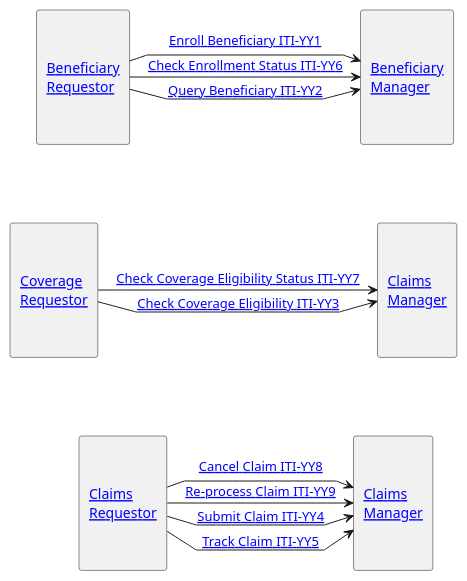
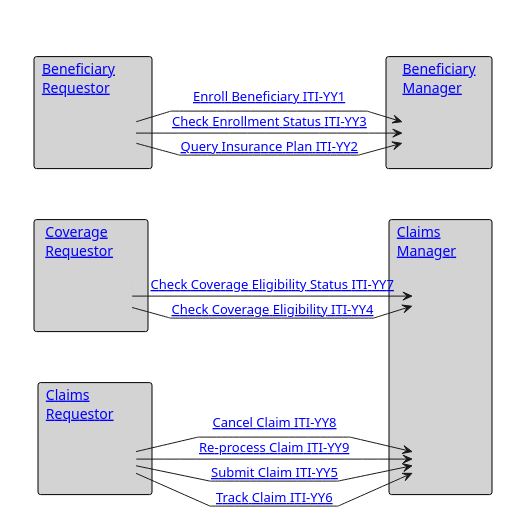
One commit to IHE/ITI.Finance changed the diagram in input/images-source/ActorsAndTransactions.plantuml. Above: the diagram before and after it, drawn with PlantUML. The commit also changed 12 other files, not shown here.

Commit message:
Fixed index and sushi-config to have the right transaction names/numbers.  Fixed expected actions based on today's discussion.  Fixed actor/transaction diagram.

```diff
--- a/input/images-source/ActorsAndTransactions.plantuml
+++ b/input/images-source/ActorsAndTransactions.plantuml
@@ -1,24 +1,59 @@
 @startuml
-'hide footbox
+skinparam package {
+  BorderColor transparent
+  BackgroundColor transparent
+  Shadowing false
+}
+skinparam rectangle {
+  BorderColor black
+  BackgroundColor lightgrey
+  Shadowing false
+  FontStyle normal
+}
+skinparam agent {
+  BorderColor lightgrey
+  BackgroundColor lightgrey
+  FontColor lightgrey
+  Shadowing false
+}
+
+hide footbox
 'skinparam svgDimensionStyle false
 skinparam linetype polyline
-agent "\n\n[[#beneficiary-requestor Beneficiary\nRequestor]]\n\n" as BenReq
-agent "\n\n[[#beneficiary-manager Beneficiary\nManager]]\n\n" as BenMan
-agent "\n\n[[#coverage-requestor Coverage\nRequestor]]\n\n" as CovReq
-agent "\n\n[[#claims-requestor Claims\nRequestor]]\n\n" as ClaimReq
-agent "\n\n[[#claims-manager Claims\nManager]]\n\n" as ClaimMan
-agent "\n\n[[#claims-manager Claims\nManager]]\n\n" as ClaimMan1
+package "  "  {
+  rectangle "[[#beneficiary-requestor Beneficiary        \nRequestor]]" as br {
+    agent "Benefits" as BenReq
+  }
+  rectangle "[[#coverage-requestor Coverage        \nRequestor]]" as cr {
+    agent "Coverage" as CovReq
+  }
+  rectangle "[[#claims-requestor Claims               \nRequestor]]" as cl {
+    agent "Claims" as ClaimReq
+  }
+}
+
+package " "  {
+  rectangle "[[#beneficiary-manager Beneficiary\nManager]]" as Ben {
+    agent "Benefits" as BenMan
+  }
+  rectangle "[[#claims-manager Claims            \nManager]]" as ClaimMan {
+    agent "Claims" as ClaimMan1
+    agent "Claims" as ClaimMan2
+  }
+}
+BenReq -> BenMan : "[[ITI-YY2.html Query Insurance Plan ITI-YY2]]"
 BenReq -> BenMan : "[[ITI-YY1.html Enroll Beneficiary ITI-YY1]]"
-BenReq -> BenMan : "[[ITI-YY2.html Query Beneficiary ITI-YY2]]"
-BenReq -> BenMan : "[[ITI-YY6.html Check Enrollment Status ITI-YY6]]"
+BenReq -> BenMan : "[[ITI-YY3.html Check Enrollment Status ITI-YY3]]"
 BenReq -[hidden]-> CovReq: ""
 CovReq -[hidden]-> ClaimReq: ""
 BenMan -[hidden]-> ClaimMan1: ""
-ClaimMan1 -[hidden]-> ClaimMan: ""
-CovReq -> ClaimMan1 : "[[ITI-YY3.html Check Coverage Eligibility ITI-YY3]]"
+ClaimMan1 -[hidden]-> ClaimMan2: ""
+CovReq -> ClaimMan1 : "[[ITI-YY4.html Check Coverage Eligibility ITI-YY4]]"
 CovReq -> ClaimMan1 : "[[ITI-YY7.html Check Coverage Eligibility Status ITI-YY7]]"
-ClaimReq -> ClaimMan : "[[ITI-YY4.html Submit Claim ITI-YY4]]"
-ClaimReq -> ClaimMan : "[[ITI-YY8.html Cancel Claim ITI-YY8]]"
-ClaimReq -> ClaimMan : "[[ITI-YY9.html Re-process Claim ITI-YY9]]"
-ClaimReq -> ClaimMan : "[[ITI-YY5.html Track Claim ITI-YY5]]"
-@enduml
+ClaimReq -> ClaimMan2 : "[[ITI-YY5.html Submit Claim ITI-YY5]]"
+ClaimReq -> ClaimMan2 : "[[ITI-YY8.html Cancel Claim ITI-YY8]]"
+ClaimReq -> ClaimMan2 : "[[ITI-YY9.html Re-process Claim ITI-YY9]]"
+ClaimReq -> ClaimMan2 : "[[ITI-YY6.html Track Claim ITI-YY6]]"
+
+
+@endum
```
